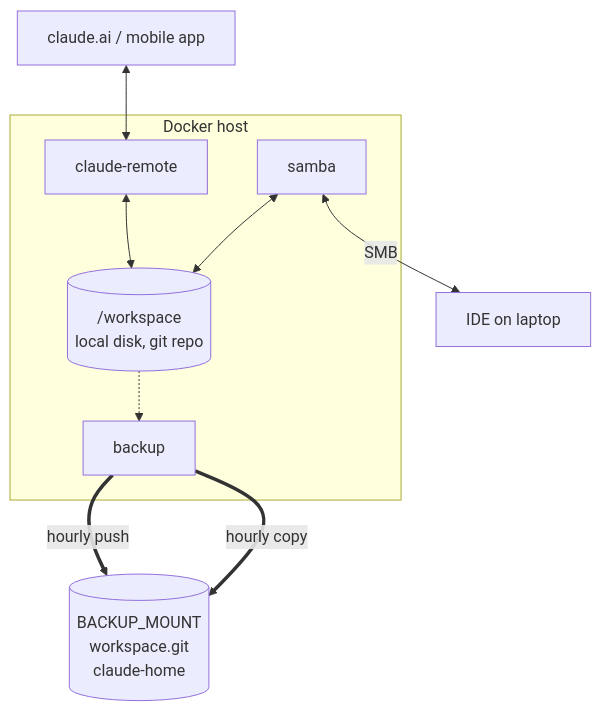
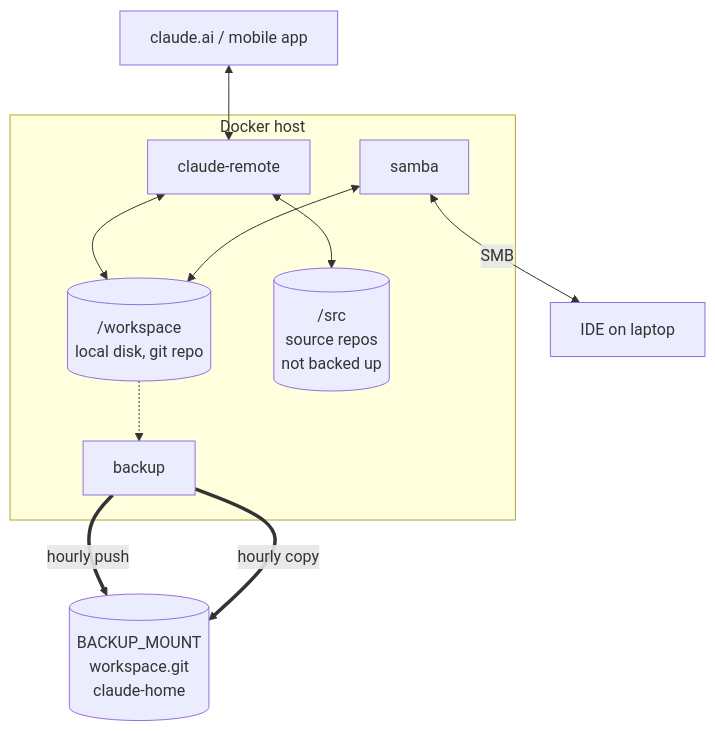
The diagram in README.md (sebmartin/ai-workspace-remote), drawn with Mermaid before and after one commit. The commit also changed other lines of this file and 5 other files, not shown here.

````diff
--- a/README.md
+++ b/README.md
@@ -31,23 +31,25 @@
 ```mermaid
 flowchart TB
     remote["claude.ai / mobile app"]
     desktop["IDE on laptop"]
 
     subgraph host["Docker host"]
         claude["claude-remote"]
         smb["samba"]
         bk["backup"]
         ws[("/workspace<br>local disk, git repo")]
+        src[("/src<br>source repos<br>not backed up")]
 
         claude <--> ws
+        claude <--> src
         smb <--> ws
         ws -.-> bk
     end
 
     mnt[("BACKUP_MOUNT<br>workspace.git<br>claude-home")]
 
     remote <--> claude
     smb <-- "SMB" --> desktop
     bk == "hourly push" ==> mnt
     bk == "hourly copy" ==> mnt
 ```
````
